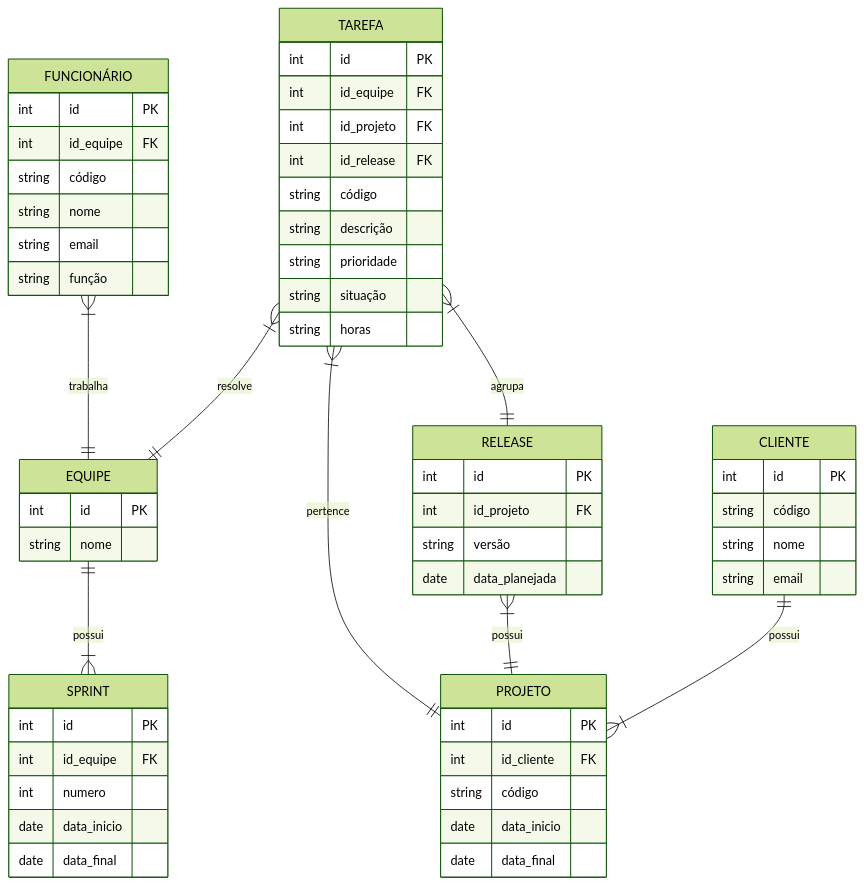
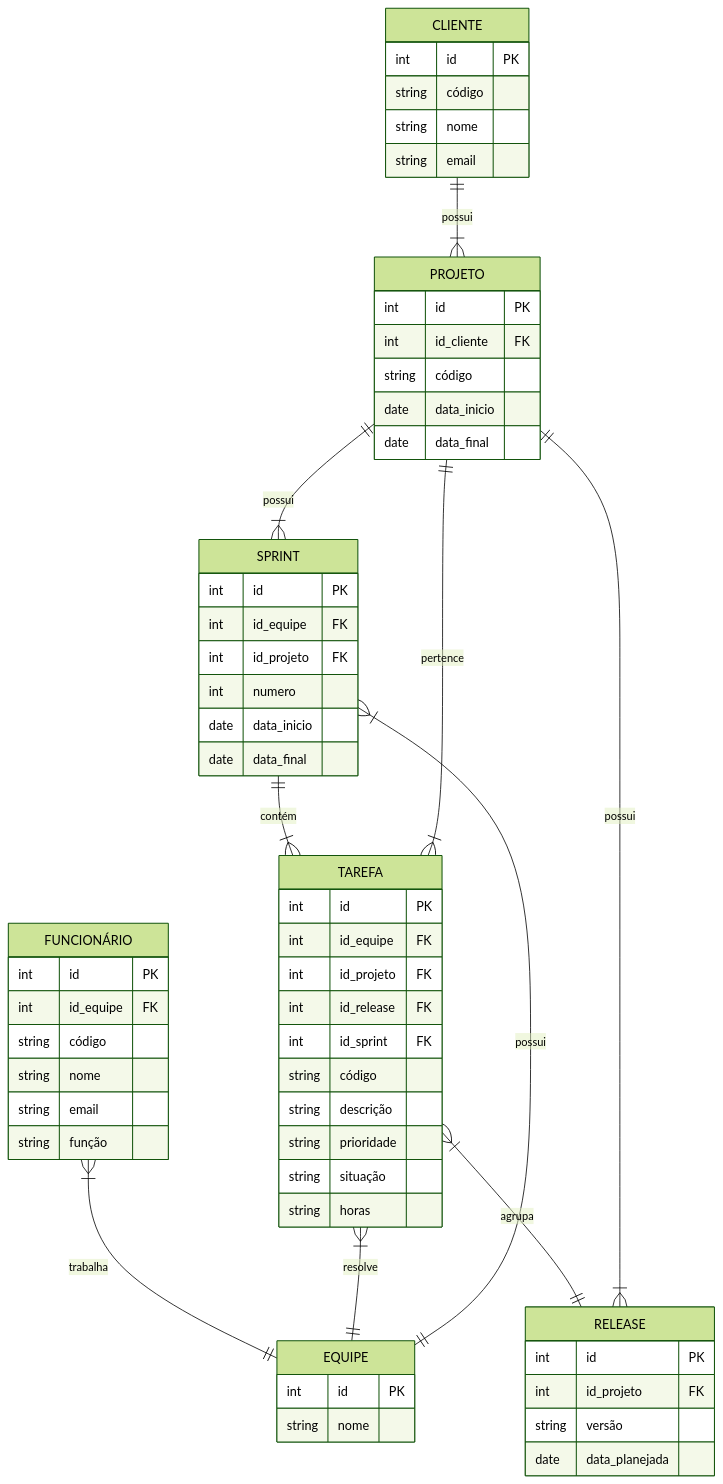
One commit to ThomasReyel/bsi-tasks-thomas changed the second of 2 diagrams in database/20262/ThomasReyel/tarefa02.md. Above: the diagram before and after it, drawn with Mermaid (forest theme). The commit also changed other lines of this file, not shown here.

````diff
--- a/database/20262/ThomasReyel/tarefa02.md
+++ b/database/20262/ThomasReyel/tarefa02.md
@@ -93,67 +95,71 @@
 ```mermaid
 erDiagram
 
 CLIENTE{
   int id PK
   string código
   string nome
   string email
 }
 
 FUNCIONÁRIO{
   int id PK
   int id_equipe FK
   string código
   string nome
   string email
   string função
 }
 
 TAREFA{
   int id PK
   int id_equipe FK
   int id_projeto FK
   int id_release FK
+  int id_sprint FK
   string código
   string descrição
   string prioridade
   string situação
   string horas
 }
 
 SPRINT {
   int id PK
   int id_equipe FK
+  int id_projeto FK
   int numero
   date data_inicio
   date data_final
 }
 
 RELEASE {
   int id PK
   int id_projeto FK
   string versão
   date data_planejada
 }
 
 EQUIPE{
   int id PK
   string nome
 }
 
 PROJETO{
   int id PK
   int id_cliente FK
   string código
   date data_inicio
   date data_final
 }
 
 FUNCIONÁRIO }|--|| EQUIPE : trabalha
 TAREFA }|--|| EQUIPE : resolve
 TAREFA }|--|| PROJETO : pertence
 EQUIPE ||--|{ SPRINT : possui
 TAREFA }|--|| RELEASE : agrupa
 RELEASE }|--|| PROJETO : possui
 CLIENTE ||--|{ PROJETO : possui
+SPRINT ||--|{ TAREFA : contém
+PROJETO ||--|{ SPRINT : possui
 ```
````
